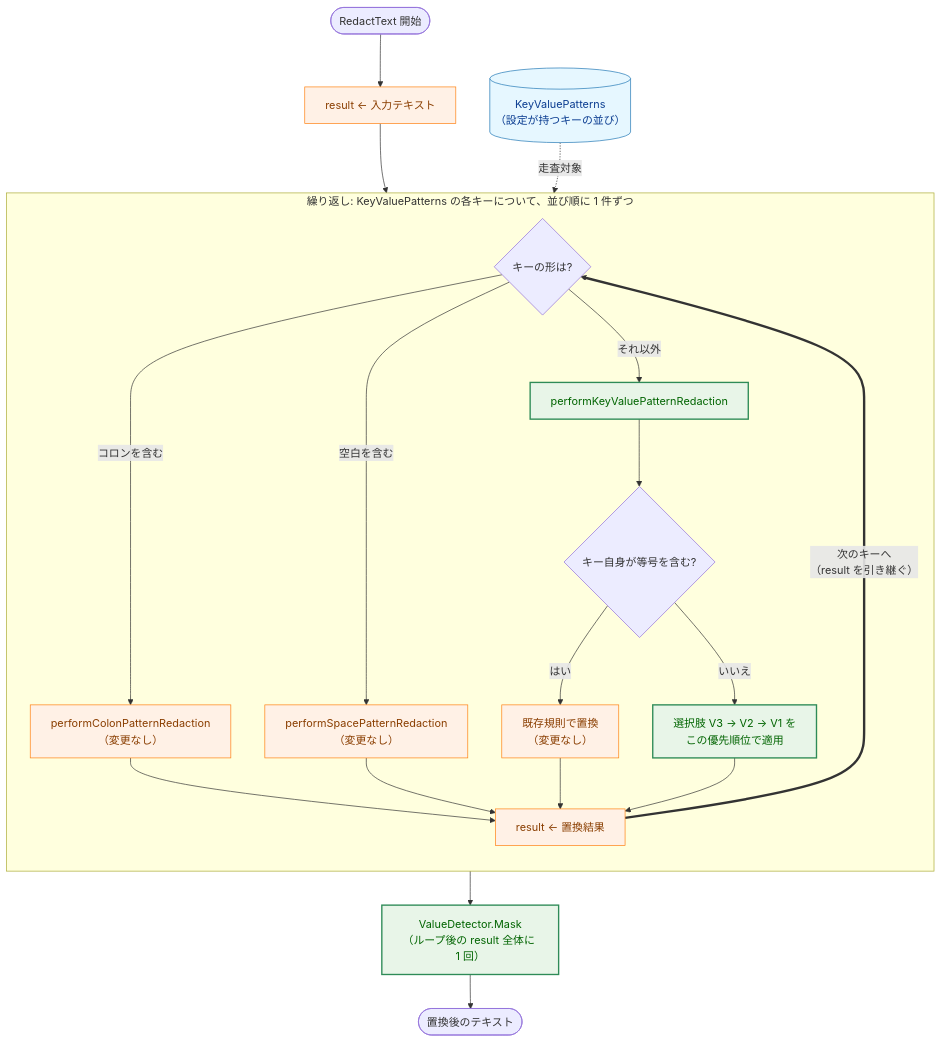
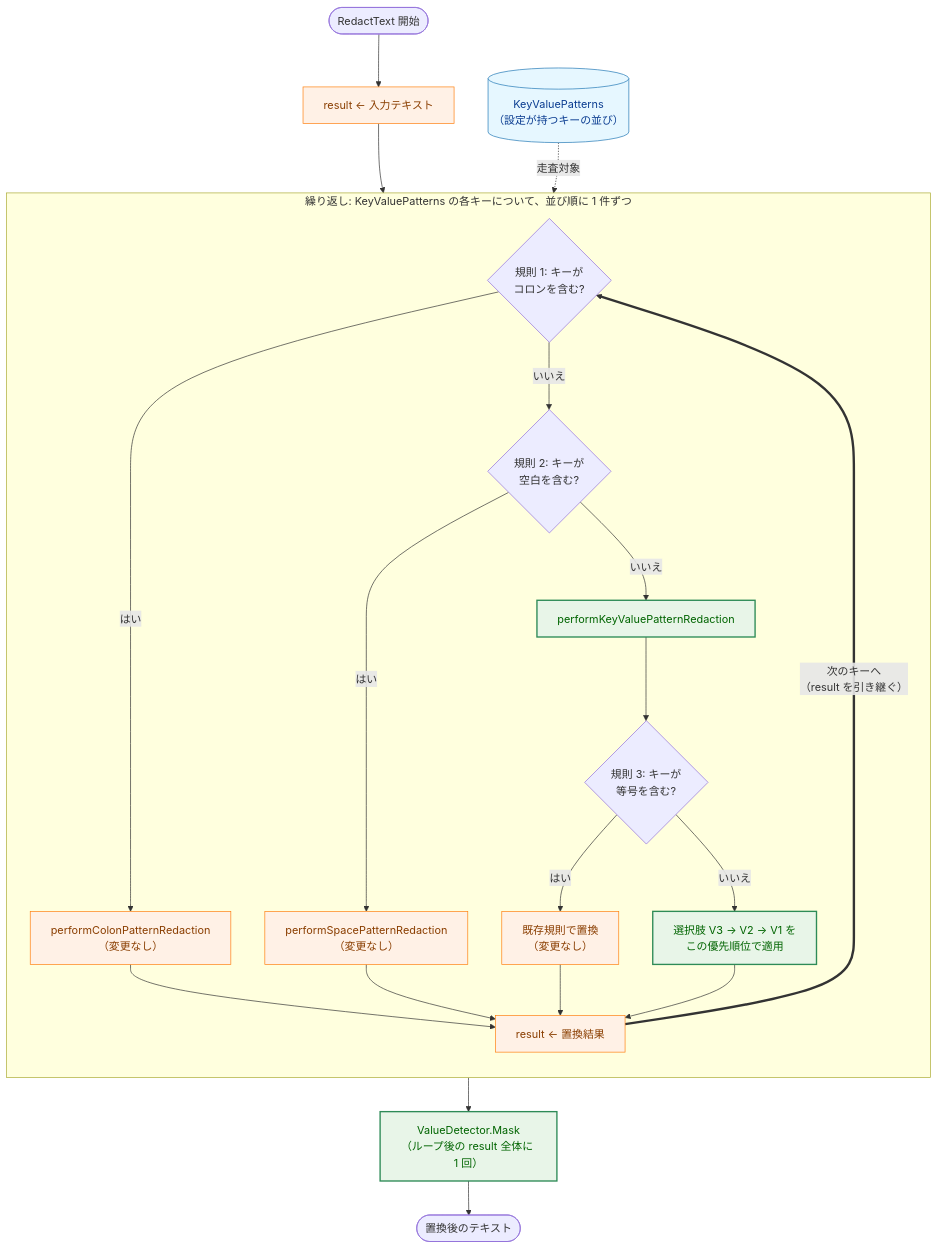
The eighth of 10 diagrams in docs/tasks/0163_redaction_coverage_and_slack_async/02_architecture.md (isseis/go-safe-cmd-runner), drawn with Mermaid before and after one commit. The commit also changed other lines of this file, not shown here.

Commit message:
docs(0163): split the non-exclusive key-shape branch into ordered checks

````diff
--- a/docs/tasks/0163_redaction_coverage_and_slack_async/02_architecture.md
+++ b/docs/tasks/0163_redaction_coverage_and_slack_async/02_architecture.md
@@ -963,35 +963,36 @@
 ```mermaid
 flowchart TD
     classDef data fill:#e6f7ff,stroke:#1f77b4,stroke-width:1px,color:#0b3d91;
     classDef process fill:#fff1e6,stroke:#ff7f0e,stroke-width:1px,color:#8a3e00;
     classDef enhanced fill:#e8f5e8,stroke:#2e8b57,stroke-width:2px,color:#006400;
 
     S(["RedactText 開始"]) --> INIT["result ← 入力テキスト"]
     KVP[("KeyValuePatterns<br>（設定が持つキーの並び）")] -.->|"走査対象"| LOOP
-    INIT --> BR
+    INIT --> C1
 
     subgraph LOOP["繰り返し: KeyValuePatterns の各キーについて、並び順に 1 件ずつ"]
         direction TB
-        BR{"キーの形は?"}
-        BR -->|"コロンを含む"| COLON["performColonPatternRedaction<br>（変更なし）"]
-        BR -->|"空白を含む"| SPACE["performSpacePatternRedaction<br>（変更なし）"]
-        BR -->|"それ以外"| KV["performKeyValuePatternRedaction"]
+        C1{"規則 1: キーが<br>コロンを含む?"}
+        C1 -->|"はい"| COLON["performColonPatternRedaction<br>（変更なし）"]
+        C1 -->|"いいえ"| C2{"規則 2: キーが<br>空白を含む?"}
+        C2 -->|"はい"| SPACE["performSpacePatternRedaction<br>（変更なし）"]
+        C2 -->|"いいえ"| KV["performKeyValuePatternRedaction"]
 
-        KV --> EQ{"キー自身が等号を含む?"}
-        EQ -->|"はい"| KEEP["既存規則で置換<br>（変更なし）"]
-        EQ -->|"いいえ"| FORM["選択肢 V3 → V2 → V1 を<br>この優先順位で適用"]
+        KV --> C3{"規則 3: キーが<br>等号を含む?"}
+        C3 -->|"はい"| KEEP["既存規則で置換<br>（変更なし）"]
+        C3 -->|"いいえ"| FORM["選択肢 V3 → V2 → V1 を<br>この優先順位で適用"]
 
         COLON --> UPD["result ← 置換結果"]
         SPACE --> UPD
         KEEP --> UPD
         FORM --> UPD
-        UPD ==>|"次のキーへ<br>（result を引き継ぐ）"| BR
+        UPD ==>|"次のキーへ<br>（result を引き継ぐ）"| C1
     end
 
     UPD --> VD["ValueDetector.Mask<br>（ループ後の result 全体に 1 回）"]
     VD --> E(["置換後のテキスト"])
 
     class KVP data
     class KV,FORM,VD enhanced
     class COLON,SPACE,KEEP,INIT,UPD process
 ```
````
